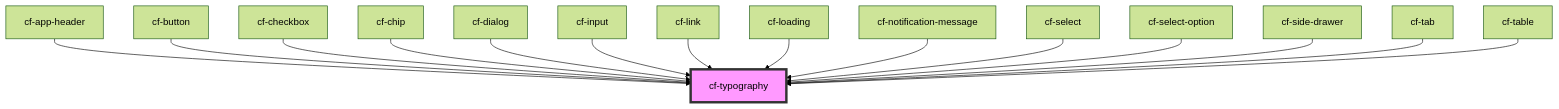
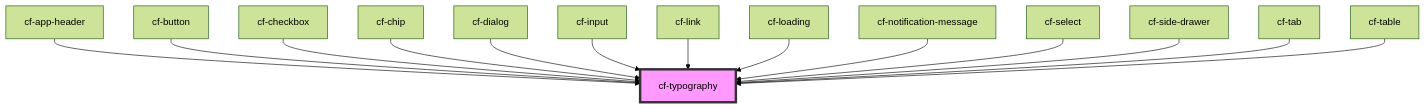
Before and after one commit to DriLLFreAK100/codefee-component: the diagram in src/components/cf-typography/readme.md, drawn with Mermaid (forest theme). The commit also changed other lines of this file and 9 other files, not shown here.

Commit message:
feat(select): impl option select

````diff
--- a/src/components/cf-typography/readme.md
+++ b/src/components/cf-typography/readme.md
@@ -37,18 +36,17 @@
 ```mermaid
 graph TD;
   cf-app-header --> cf-typography
   cf-button --> cf-typography
   cf-checkbox --> cf-typography
   cf-chip --> cf-typography
   cf-dialog --> cf-typography
   cf-input --> cf-typography
   cf-link --> cf-typography
   cf-loading --> cf-typography
   cf-notification-message --> cf-typography
   cf-select --> cf-typography
-  cf-select-option --> cf-typography
   cf-side-drawer --> cf-typography
   cf-tab --> cf-typography
   cf-table --> cf-typography
   style cf-typography fill:#f9f,stroke:#333,stroke-width:4px
 ```
````
